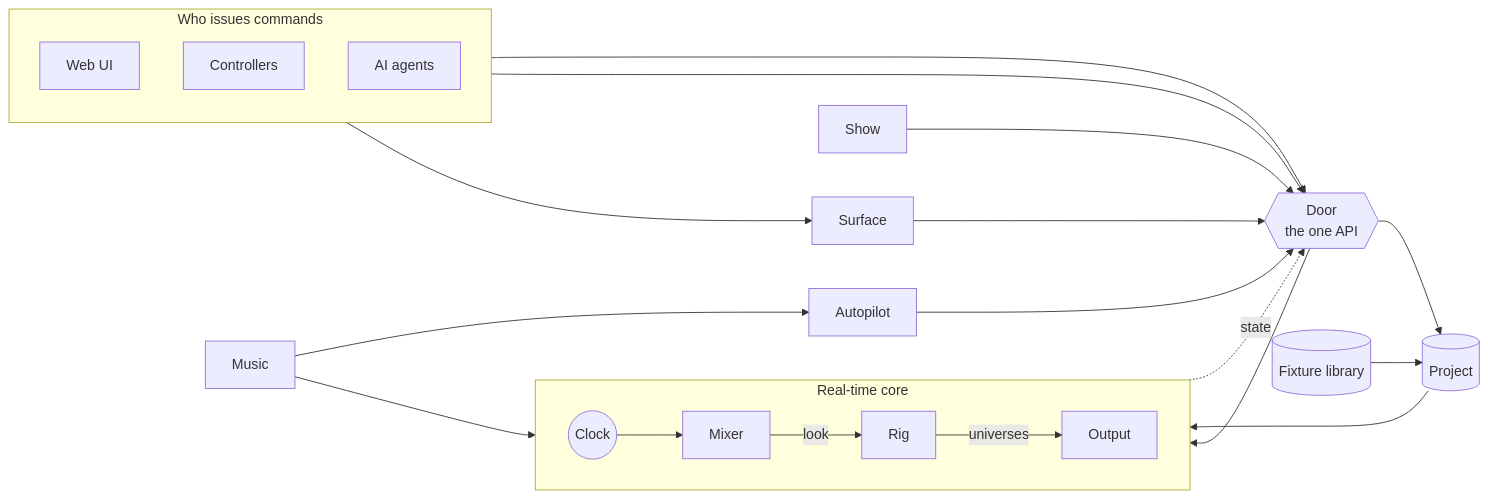
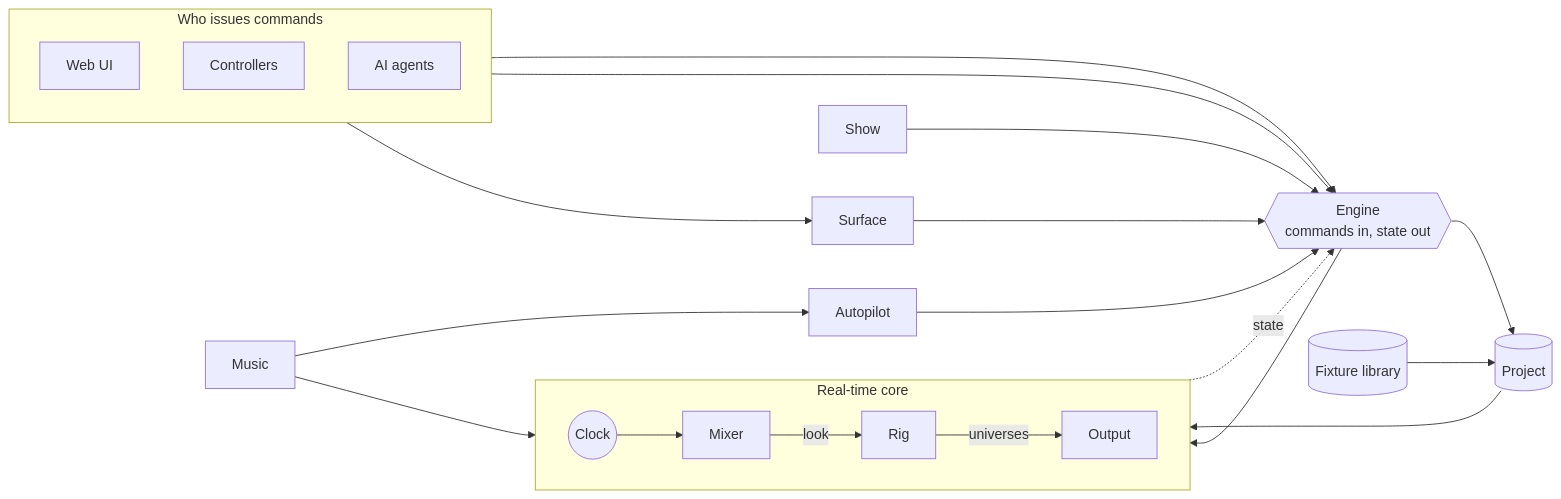
One commit to abossard/bossylights changed the first of 4 diagrams in docs/design/modules.md. Above: the diagram before and after it, drawn with Mermaid. The commit also changed other lines of this file and 3 other files, not shown here.

Commit message:
docs: the module Door is now called Engine

````diff
--- a/docs/design/modules.md
+++ b/docs/design/modules.md
@@ -25,40 +25,40 @@
 ```mermaid
 flowchart LR
   subgraph writers["Who issues commands"]
     direction TB
     UI["Web UI"]
     HW["Controllers"]
     AG["AI agents"]
   end
 
   SURF["Surface"]
-  DOOR{{"Door<br/>the one API"}}
+  DOOR{{"Engine<br/>commands in, state out"}}
   SHOW["Show"]
   AUTO["Autopilot"]
   MUSIC["Music"]
   PROJ[("Project")]
   LIB[("Fixture library")]
 
   subgraph rt["Real-time core"]
     direction LR
     CLOCK(("Clock"))
     MIX["Mixer"]
     RIG["Rig"]
     OUT["Output"]
   end
 
   UI --> DOOR
   AG --> DOOR
   HW --> SURF --> DOOR
   SHOW --> DOOR
   AUTO --> DOOR
   MUSIC --> AUTO
   MUSIC --> CLOCK
   DOOR --> MIX
   DOOR --> PROJ
   LIB --> PROJ
   PROJ --> MIX
   CLOCK --> MIX
   MIX -- "look" --> RIG -- "universes" --> OUT
   MIX -. "state" .-> DOOR
 ```
````
